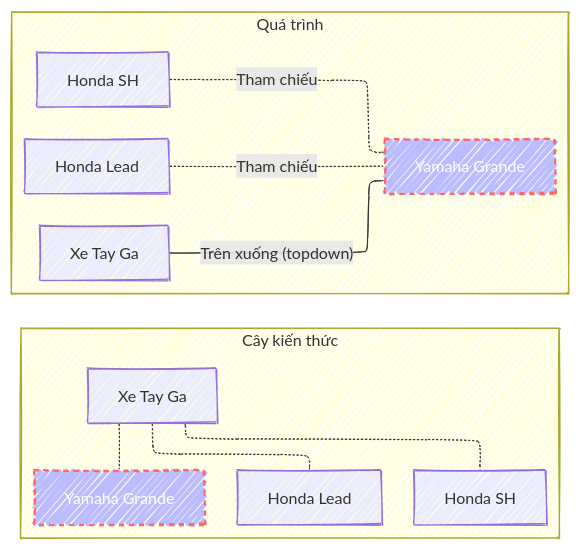
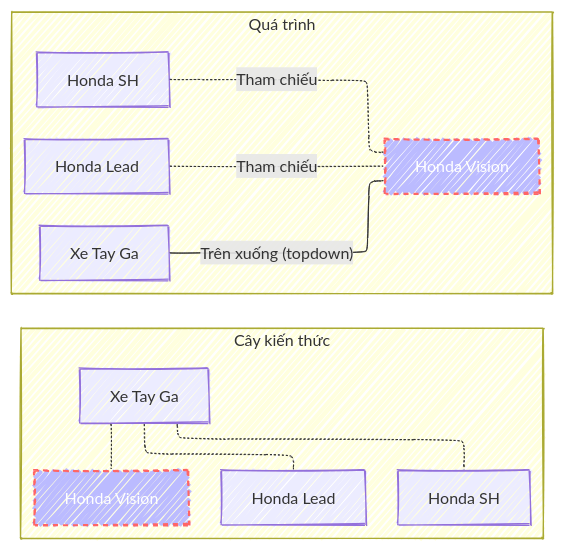
One commit to laiduyha/wei-he changed the second of 3 diagrams in _posts/2024-06-20-cay-kien-thuc.md. Above: the diagram before and after it, drawn with Mermaid. The commit also changed other lines of this file, not shown here.

````diff
--- a/_posts/2024-06-20-cay-kien-thuc.md
+++ b/_posts/2024-06-20-cay-kien-thuc.md
@@ -93,37 +92,37 @@
 ```mermaid
 ---
 config:
   layout: elk
   look: handDrawn
 ---
 
 flowchart LR
  subgraph 1[Cây kiến thức]
     direction TB
     tayga[Xe Tay Ga]
     lead[Honda Lead]
     sh[Honda SH]
-    grande[Yamaha Grande]
+    vision[Honda Vision]
 
     tayga-.-lead
     tayga-.-sh
-    tayga-.-grande
+    tayga-.-vision
 
-    style grande fill:#bbf,stroke:#f66,stroke-width:2px,color:#fff,stroke-dasharray: 5 5
+    style vision fill:#bbf,stroke:#f66,stroke-width:2px,color:#fff,stroke-dasharray: 5 5
   end
 
   subgraph 2[Quá trình]
     direction LR
     tayga2[Xe Tay Ga]
     lead2[Honda Lead]
     sh2[Honda SH]
-    grande2[Yamaha Grande]
+    vision2[Honda Vision]
 
-    tayga2-- Trên xuống (topdown) ---grande2
+    tayga2-- Trên xuống (topdown) ---vision2
 
-    lead2-. Tham chiếu .-grande2
-    sh2-.Tham chiếu .-grande2
+    lead2-. Tham chiếu .-vision2
+    sh2-.Tham chiếu .-vision2
 
-    style grande2 fill:#bbf,stroke:#f66,stroke-width:2px,color:#fff,stroke-dasharray: 5 5
+    style vision2 fill:#bbf,stroke:#f66,stroke-width:2px,color:#fff,stroke-dasharray: 5 5
   end
 ```
````
